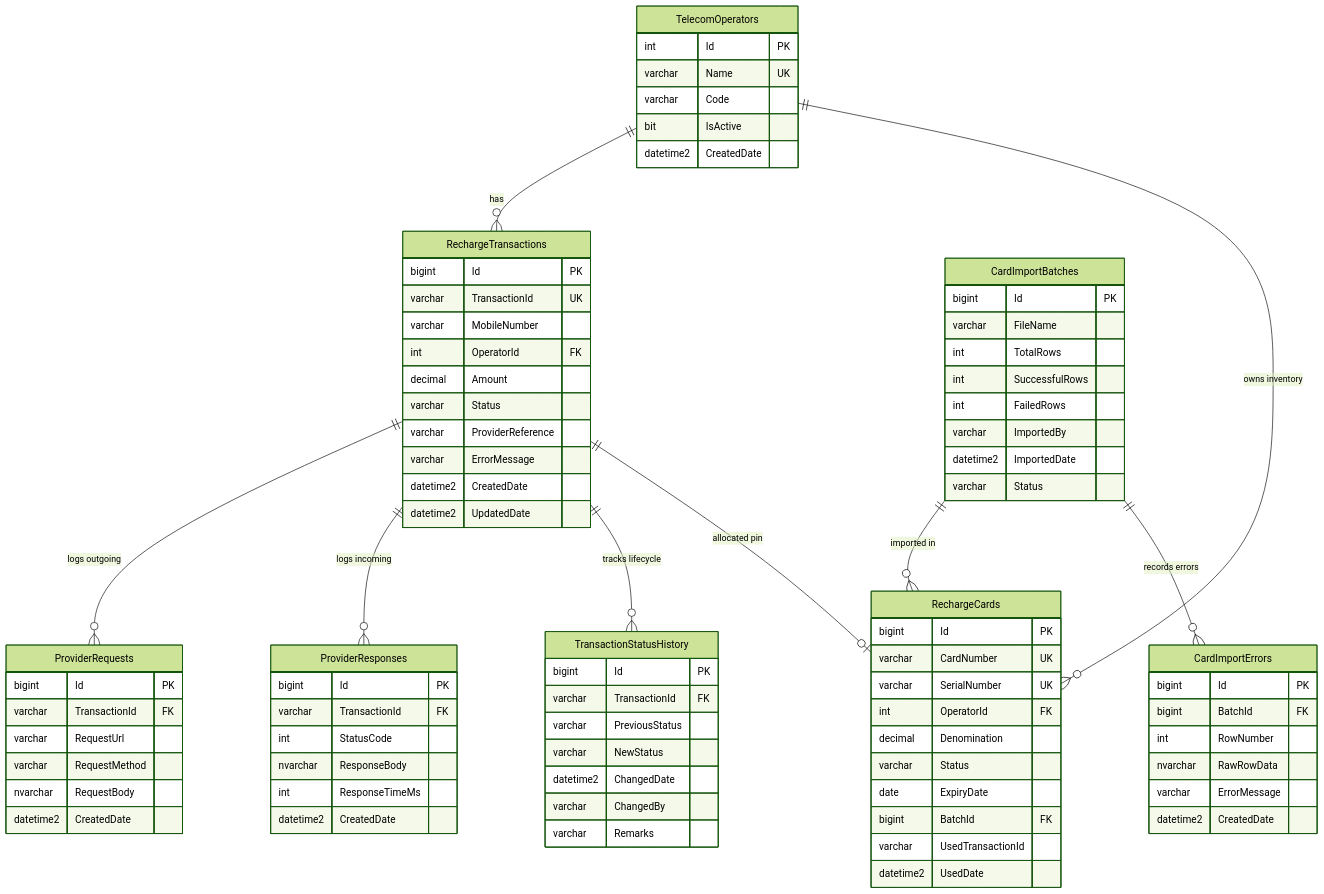
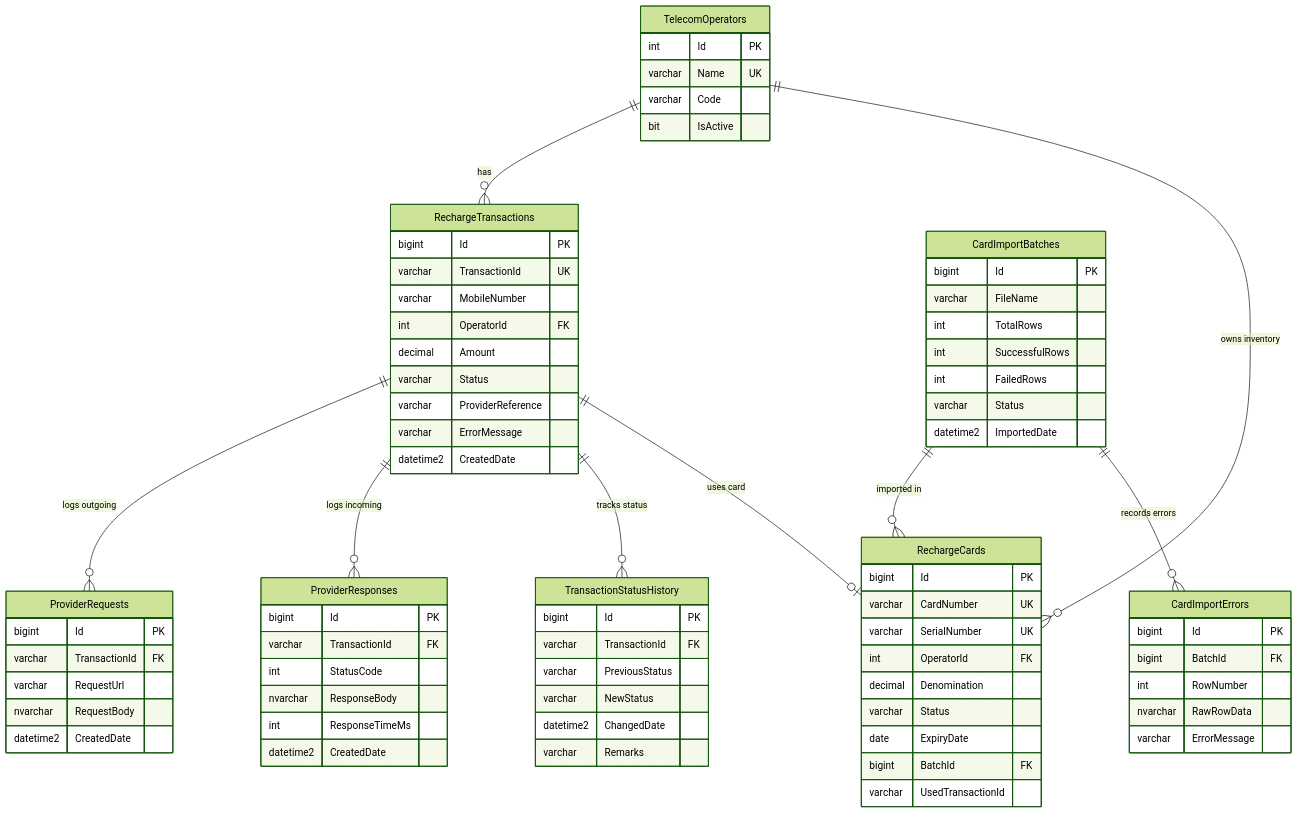
Before and after one commit to MASTANVALI9/Mobile_2000_Telecom_backend_dot.not: the second of 2 diagrams in README.md, drawn with Mermaid (forest theme). The commit also changed other lines of this file and 65 other files, not shown here.

````diff
--- a/README.md
+++ b/README.md
@@ -85,15 +96,14 @@
     CardImportBatches ||--o{ CardImportErrors : "records errors"
     RechargeTransactions ||--o{ ProviderRequests : "logs outgoing"
     RechargeTransactions ||--o{ ProviderResponses : "logs incoming"
-    RechargeTransactions ||--o{ TransactionStatusHistory : "tracks lifecycle"
-    RechargeTransactions ||--o| RechargeCards : "allocated pin"
+    RechargeTransactions ||--o{ TransactionStatusHistory : "tracks status"
+    RechargeTransactions ||--o| RechargeCards : "uses card"
 
     TelecomOperators {
         int Id PK
         varchar Name UK
         varchar Code
         bit IsActive
-        datetime2 CreatedDate
     }
 
     RechargeTransactions {
@@ -106,14 +116,12 @@
         varchar ProviderReference
         varchar ErrorMessage
         datetime2 CreatedDate
-        datetime2 UpdatedDate
     }
 
     ProviderRequests {
         bigint Id PK
         varchar TransactionId FK
         varchar RequestUrl
-        varchar RequestMethod
         nvarchar RequestBody
         datetime2 CreatedDate
     }
@@ -133,7 +141,6 @@
         varchar PreviousStatus
         varchar NewStatus
         datetime2 ChangedDate
-        varchar ChangedBy
         varchar Remarks
     }
 
@@ -147,7 +154,6 @@
         date ExpiryDate
         bigint BatchId FK
         varchar UsedTransactionId
-        datetime2 UsedDate
     }
 
     CardImportBatches {
@@ -156,9 +162,8 @@
         int TotalRows
         int SuccessfulRows
         int FailedRows
-        varchar ImportedBy
+        varchar Status
         datetime2 ImportedDate
-        varchar Status
     }
 
     CardImportErrors {
@@ -167,6 +172,5 @@
         int RowNumber
         nvarchar RawRowData
         varchar ErrorMessage
-        datetime2 CreatedDate
     }
 ```
````
